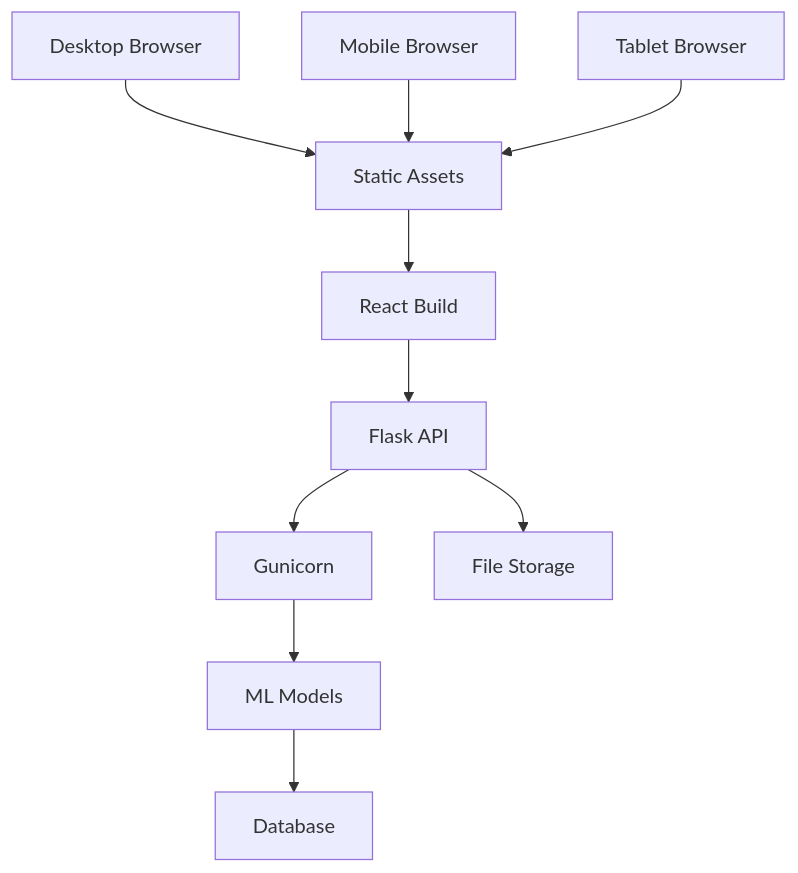
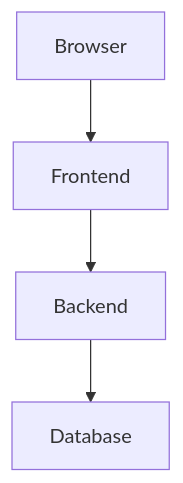
Before and after one commit to BTech20/biometric-auth-system: diagram 12 of 15 in ARCHITECTURE.md, drawn with Mermaid. The commit also changed other lines of this file, not shown here.

First line of the commit message:
Ultra-simplify Mermaid diagrams to basic graph syntax

````diff
--- a/ARCHITECTURE.md
+++ b/ARCHITECTURE.md
@@ -270,12 +212,6 @@
 ```mermaid
-flowchart TB
-    A[Desktop Browser] --> D[Static Assets]
-    B[Mobile Browser] --> D
-    C[Tablet Browser] --> D
-    D --> E[React Build]
-    E --> F[Flask API]
-    F --> G[Gunicorn]
-    G --> H[ML Models]
-    H --> I[Database]
-    F --> J[File Storage]
+graph TD
+    A[Browser] --> B[Frontend]
+    B --> C[Backend]
+    C --> D[Database]
 ```
````
